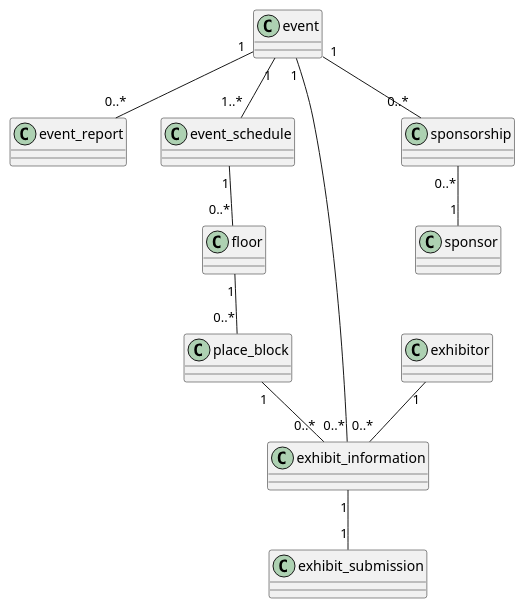
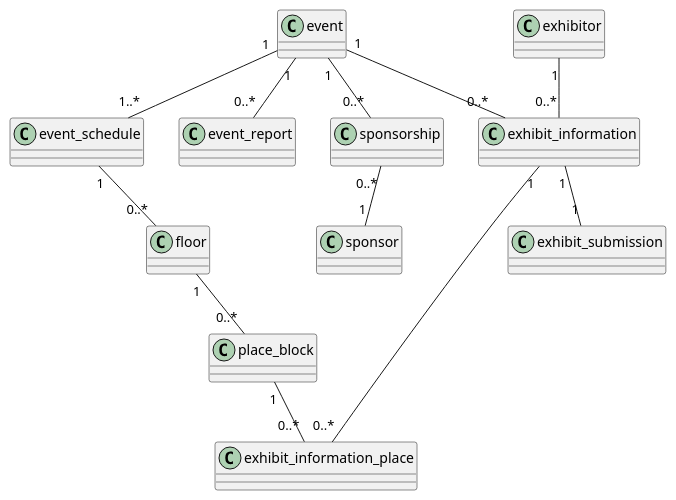
The diagram in class-diagram.pu (tytfpmsw/tokyo-game-dungeon), drawn with PlantUML before and after one commit. The commit also changed 9 other files, not shown here.

Commit message:
ExhibitInformationPlaceを追加

```diff
--- a/class-diagram.pu
+++ b/class-diagram.pu
@@ -1,23 +1,25 @@
 @startuml class
 class event
 class event_report
 class event_schedule
 class exhibit_information
+class exhibit_information_place
 class exhibit_submission
 class exhibitor
 class floor
 class place_block
 class sponsor
 class sponsorship
 
 event "1" -- "1..*" event_schedule
 event "1" -- "0..*" event_report
 event "1" -- "0..*" exhibit_information
 event_schedule "1" -- "0..*" floor
 floor "1" -- "0..*" place_block
 exhibit_information "1" -- "1" exhibit_submission
 exhibitor "1" -- "0..*" exhibit_information
 event "1" -- "0..*" sponsorship
 sponsorship "0..*" -- "1" sponsor
-place_block "1" -- "0..*" exhibit_information
+place_block "1" -- "0..*" exhibit_information_place
+exhibit_information "1" -- "0..*" exhibit_information_place
 @enduml
```
